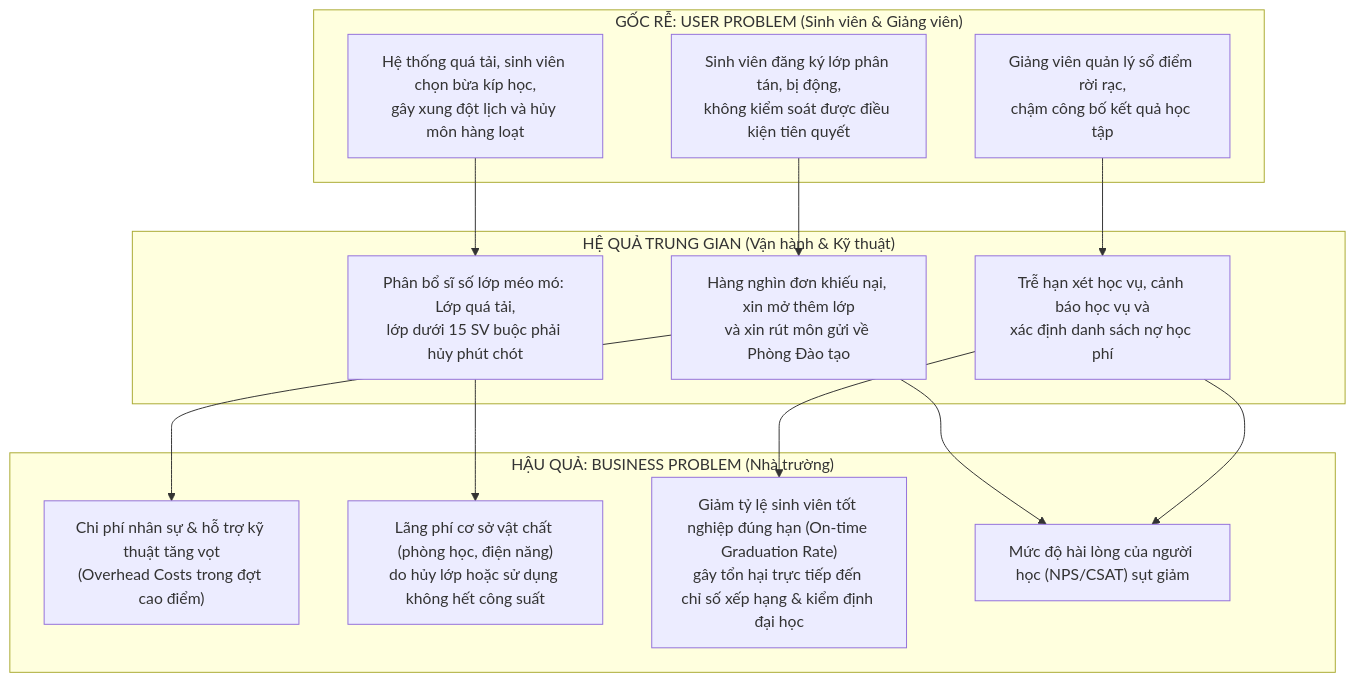
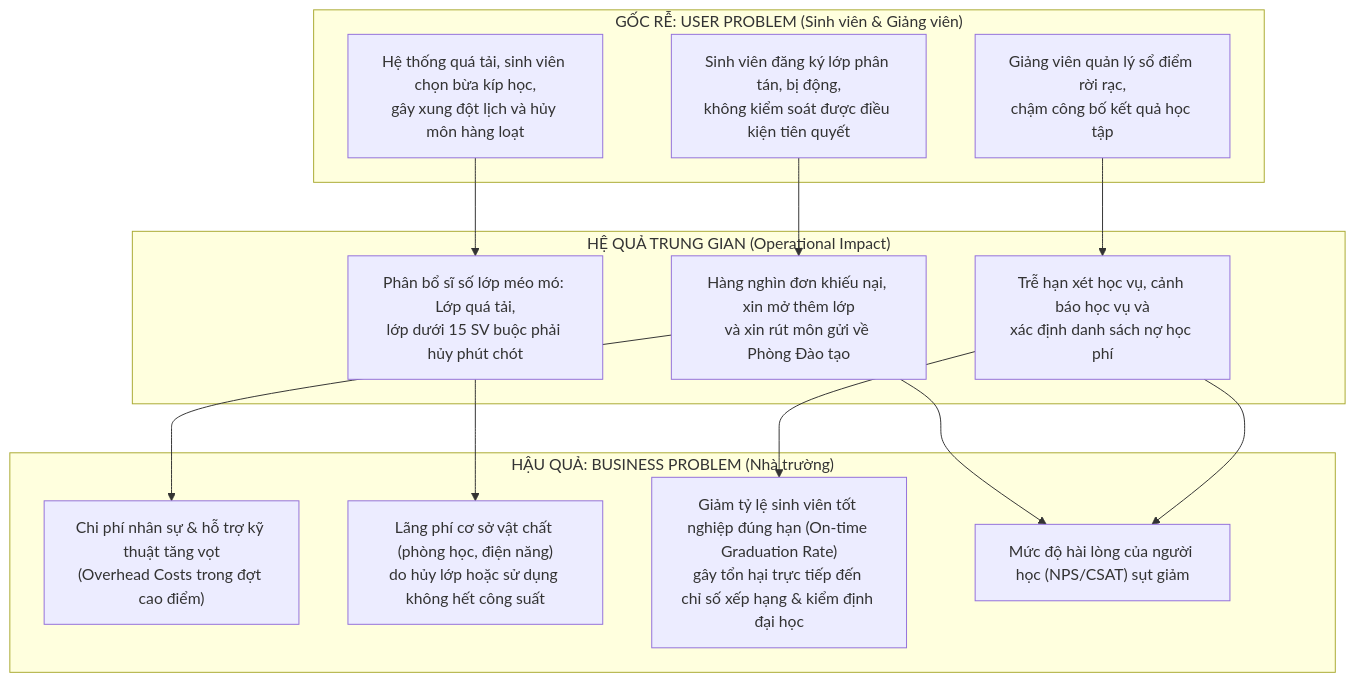
The second of 4 diagrams in docs/problem-discovery-and-system-request.md (cacancap/IT3120_QuanLyDaoTao), drawn with Mermaid before and after one commit. The commit also changed other lines of this file and 20 other files, not shown here.

````diff
--- a/docs/problem-discovery-and-system-request.md
+++ b/docs/problem-discovery-and-system-request.md
@@ -167,30 +238,39 @@
 ```mermaid
 flowchart TD
     subgraph U_P["GỐC RỄ: USER PROBLEM (Sinh viên & Giảng viên)"]
-        U1["Sinh viên đăng ký lớp phân tán, bị động,\nkhông kiểm soát được điều kiện tiên quyết"]
-        U2["Hệ thống quá tải, sinh viên chọn bừa kíp học,\ngây xung đột lịch và hủy môn hàng loạt"]
-        U3["Giảng viên quản lý sổ điểm rời rạc,\nchậm công bố kết quả học tập"]
+        U1["Sinh viên đăng ký lớp phân tán, bị động,
+không kiểm soát được điều kiện tiên quyết"]
+        U2["Hệ thống quá tải, sinh viên chọn bừa kíp học,
+gây xung đột lịch và hủy môn hàng loạt"]
+        U3["Giảng viên quản lý sổ điểm rời rạc,
+chậm công bố kết quả học tập"]
     end
 
-    subgraph MID["HỆ QUẢ TRUNG GIAN (Vận hành & Kỹ thuật)"]
-        M1["Hàng nghìn đơn khiếu nại, xin mở thêm lớp\nvà xin rút môn gửi về Phòng Đào tạo"]
-        M2["Phân bổ sĩ số lớp méo mó: Lớp quá tải,\nlớp dưới 15 SV buộc phải hủy phút chót"]
-        M3["Trễ hạn xét học vụ, cảnh báo học vụ và\nxác định danh sách nợ học phí"]
+    subgraph MID["HỆ QUẢ TRUNG GIAN (Operational Impact)"]
+        M1["Hàng nghìn đơn khiếu nại, xin mở thêm lớp
+và xin rút môn gửi về Phòng Đào tạo"]
+        M2["Phân bổ sĩ số lớp méo mó: Lớp quá tải,
+lớp dưới 15 SV buộc phải hủy phút chót"]
+        M3["Trễ hạn xét học vụ, cảnh báo học vụ và
+xác định danh sách nợ học phí"]
     end
 
     subgraph B_P["HẬU QUẢ: BUSINESS PROBLEM (Nhà trường)"]
-        B1["Chi phí nhân sự & hỗ trợ kỹ thuật tăng vọt\n(Overhead Costs trong đợt cao điểm)"]
-        B2["Lãng phí cơ sở vật chất (phòng học, điện năng)\ndo hủy lớp hoặc sử dụng không hết công suất"]
-        B3["Giảm tỷ lệ sinh viên tốt nghiệp đúng hạn (On-time Graduation Rate)\ngây tổn hại trực tiếp đến chỉ số xếp hạng & kiểm định đại học"]
+        B1["Chi phí nhân sự & hỗ trợ kỹ thuật tăng vọt
+(Overhead Costs trong đợt cao điểm)"]
+        B2["Lãng phí cơ sở vật chất (phòng học, điện năng)
+do hủy lớp hoặc sử dụng không hết công suất"]
+        B3["Giảm tỷ lệ sinh viên tốt nghiệp đúng hạn (On-time Graduation Rate)
+gây tổn hại trực tiếp đến chỉ số xếp hạng & kiểm định đại học"]
         B4["Mức độ hài lòng của người học (NPS/CSAT) sụt giảm"]
     end
 
     U1 --> M1
     U2 --> M2
     U3 --> M3
     M1 --> B1
     M2 --> B2
     M3 --> B3
     M1 --> B4
     M3 --> B4
 ```
````
